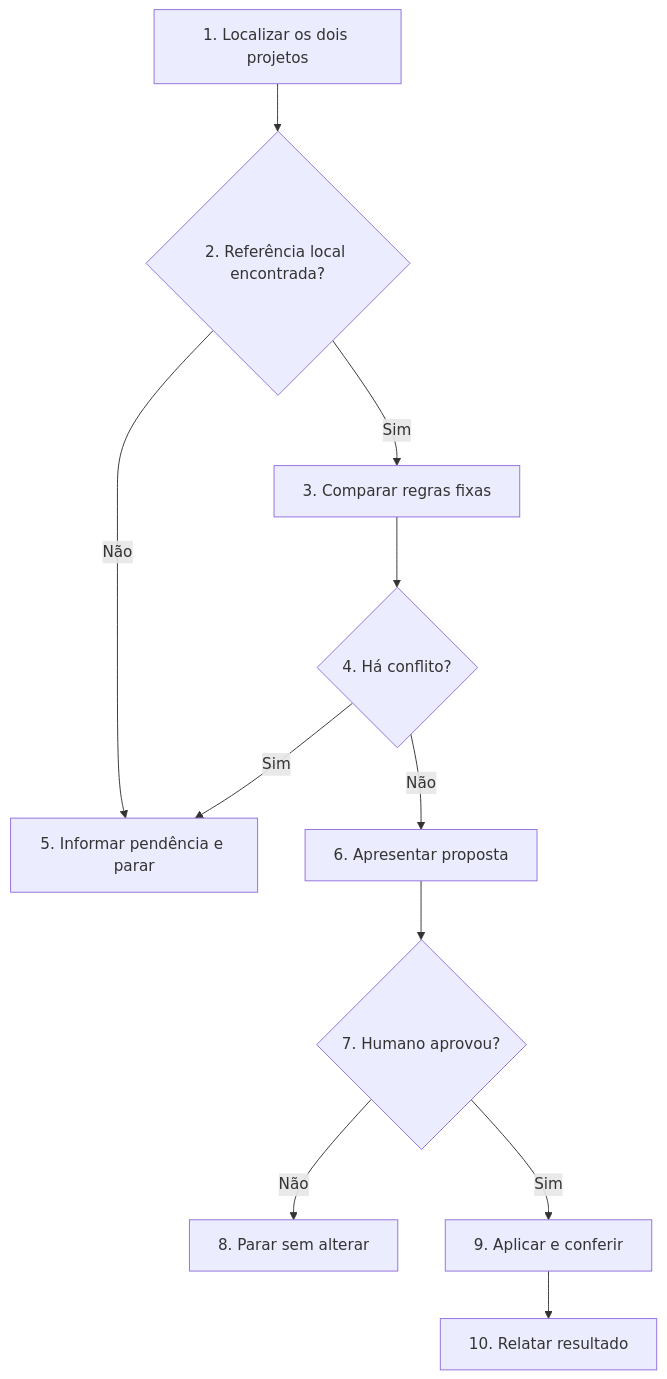
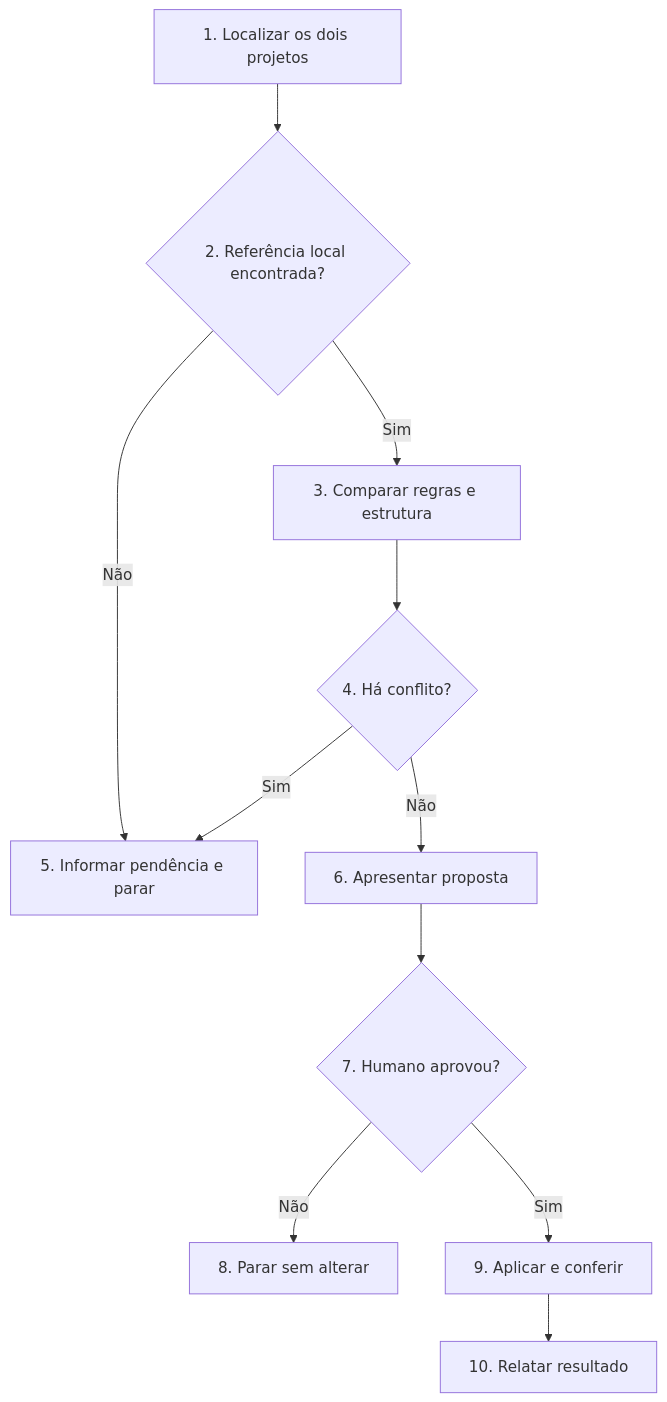
One commit to wjohnnyhonorato/sdd-fast changed the diagram in .agents/skills/sddupdate/SKILL.md. Above: the diagram before and after it, drawn with Mermaid. The commit also changed other lines of this file and 4 other files, not shown here.

````diff
--- a/.agents/skills/sddupdate/SKILL.md
+++ b/.agents/skills/sddupdate/SKILL.md
@@ -23,13 +23,13 @@
 ```mermaid
 flowchart TD
     A["1. Localizar os dois projetos"] --> B{"2. Referência local encontrada?"}
     B -- "Não" --> E["5. Informar pendência e parar"]
-    B -- "Sim" --> C["3. Comparar regras fixas"]
+    B -- "Sim" --> C["3. Comparar regras e estrutura"]
     C --> D{"4. Há conflito?"}
     D -- "Sim" --> E
     D -- "Não" --> F["6. Apresentar proposta"]
     F --> G{"7. Humano aprovou?"}
     G -- "Não" --> H["8. Parar sem alterar"]
     G -- "Sim" --> I["9. Aplicar e conferir"]
     I --> J["10. Relatar resultado"]
 ```
````
